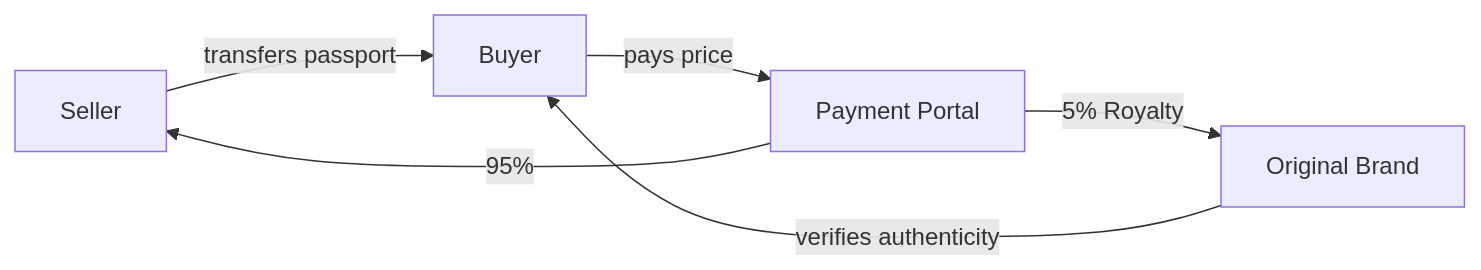
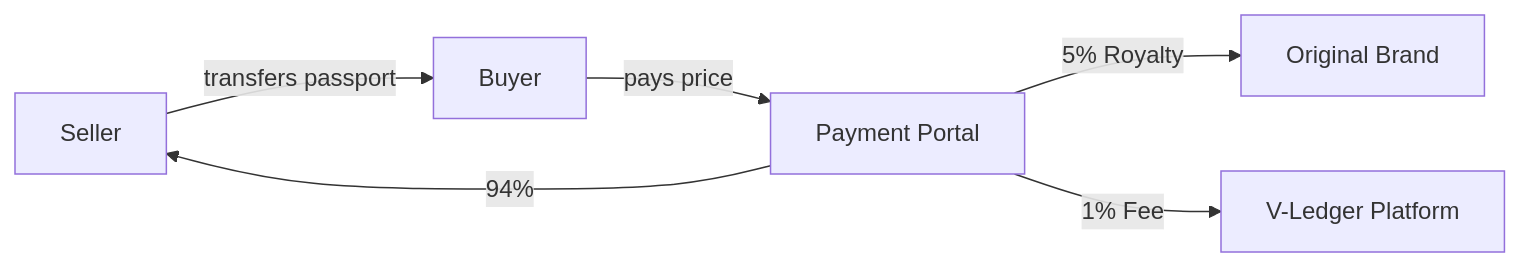
The second of 2 diagrams in 06_Circular_Economy.md (xheen908/v-ledger_pitchdeck), drawn with Mermaid before and after one commit. The commit also changed 2 other files, not shown here.

Commit message:
Update royalty split to 94 5 1 in diagrams

````diff
--- a/06_Circular_Economy.md
+++ b/06_Circular_Economy.md
@@ -24,8 +24,8 @@
 ```mermaid
 graph LR
     S[Seller] -- transfers passport --> B[Buyer]
     B -- pays price --> P[Payment Portal]
-    P -- 95% --> S
+    P -- 94% --> S
     P -- 5% Royalty --> BR[Original Brand]
-    BR -- verifies authenticity --> B
+    P -- 1% Fee --> V[V-Ledger Platform]
 ```
````
